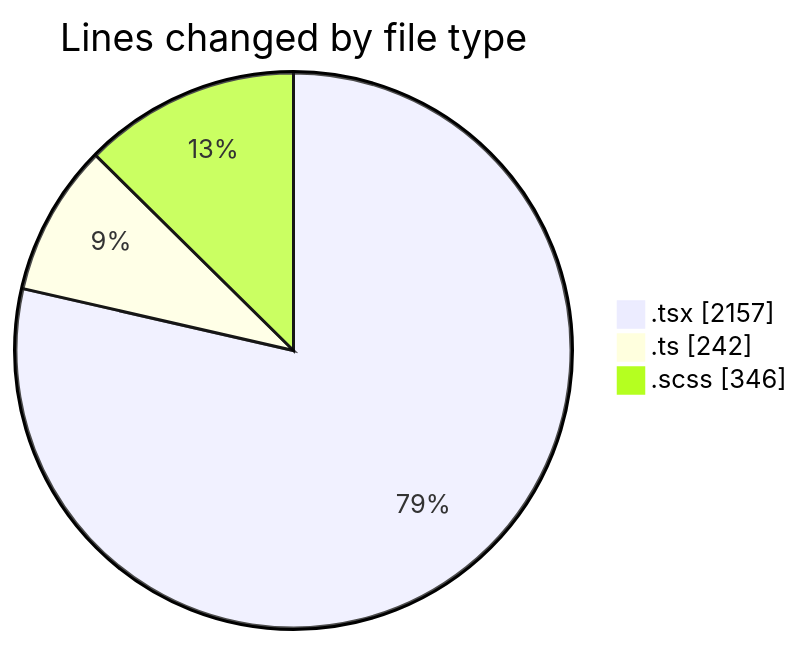
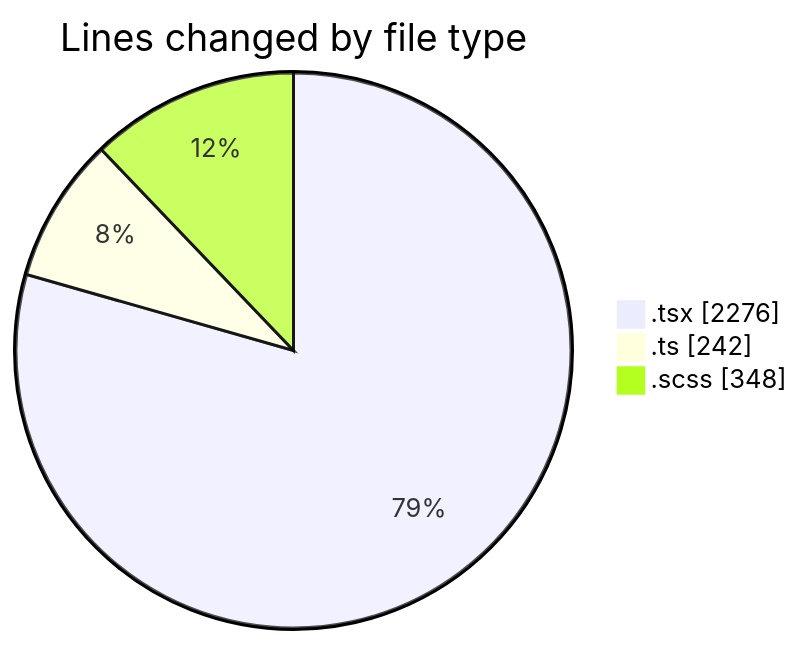
One commit to momahboobian/code-tracking changed the first of 2 diagrams in 2025-09-15/cda/README.md. Above: the diagram before and after it, drawn with Mermaid. The commit also changed other lines of this file and 1 other file, not shown here.

````diff
--- a/2025-09-15/cda/README.md
+++ b/2025-09-15/cda/README.md
@@ -25,7 +25,7 @@
 ```mermaid
 pie showData
 title Lines changed by file type
-".tsx" : 2157
+".tsx" : 2276
 ".ts" : 242
-".scss" : 346
+".scss" : 348
 ```
````
